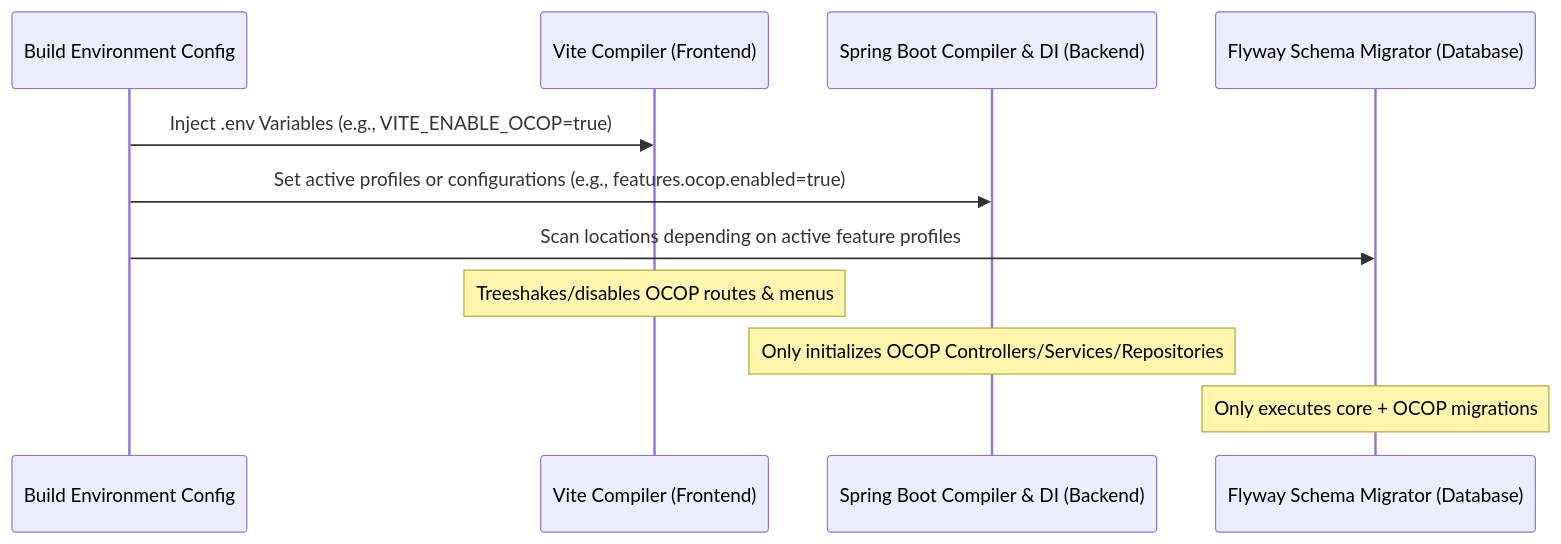
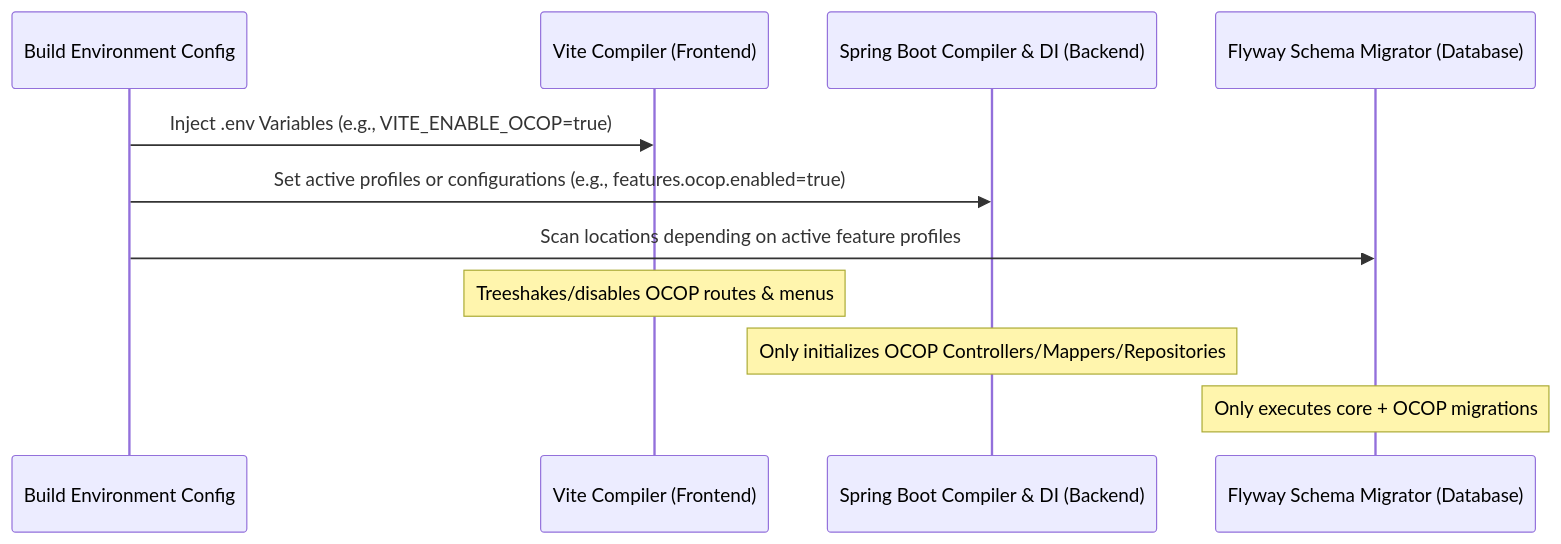
One commit to GMIOS25/WEB-GIS-TEMPLATE changed the second of 3 diagrams in docs/en/ARCHITECTURE SPECIFICATION.md. Above: the diagram before and after it, drawn with Mermaid. The commit also changed other lines of this file and 8 other files, not shown here.

````diff
--- a/docs/en/ARCHITECTURE SPECIFICATION.md
+++ b/docs/en/ARCHITECTURE SPECIFICATION.md
@@ -53,15 +53,15 @@
 ```mermaid
 sequenceDiagram
     participant Config as Build Environment Config
     participant FE as Vite Compiler (Frontend)
     participant BE as Spring Boot Compiler & DI (Backend)
     participant DB as Flyway Schema Migrator (Database)
 
     Config->>FE: Inject .env Variables (e.g., VITE_ENABLE_OCOP=true)
     Config->>BE: Set active profiles or configurations (e.g., features.ocop.enabled=true)
     Config->>DB: Scan locations depending on active feature profiles
 
     Note over FE: Treeshakes/disables OCOP routes & menus
-    Note over BE: Only initializes OCOP Controllers/Services/Repositories
+    Note over BE: Only initializes OCOP Controllers/Mappers/Repositories
     Note over DB: Only executes core + OCOP migrations
 ```
````
